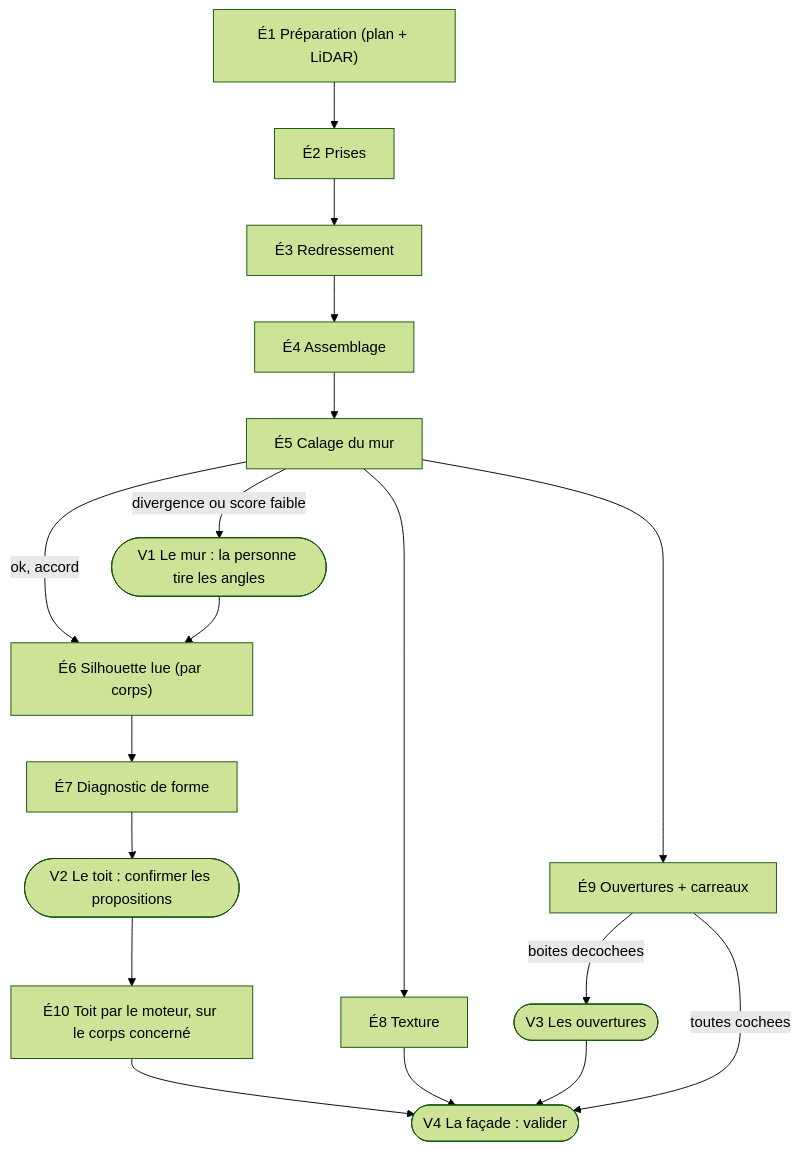
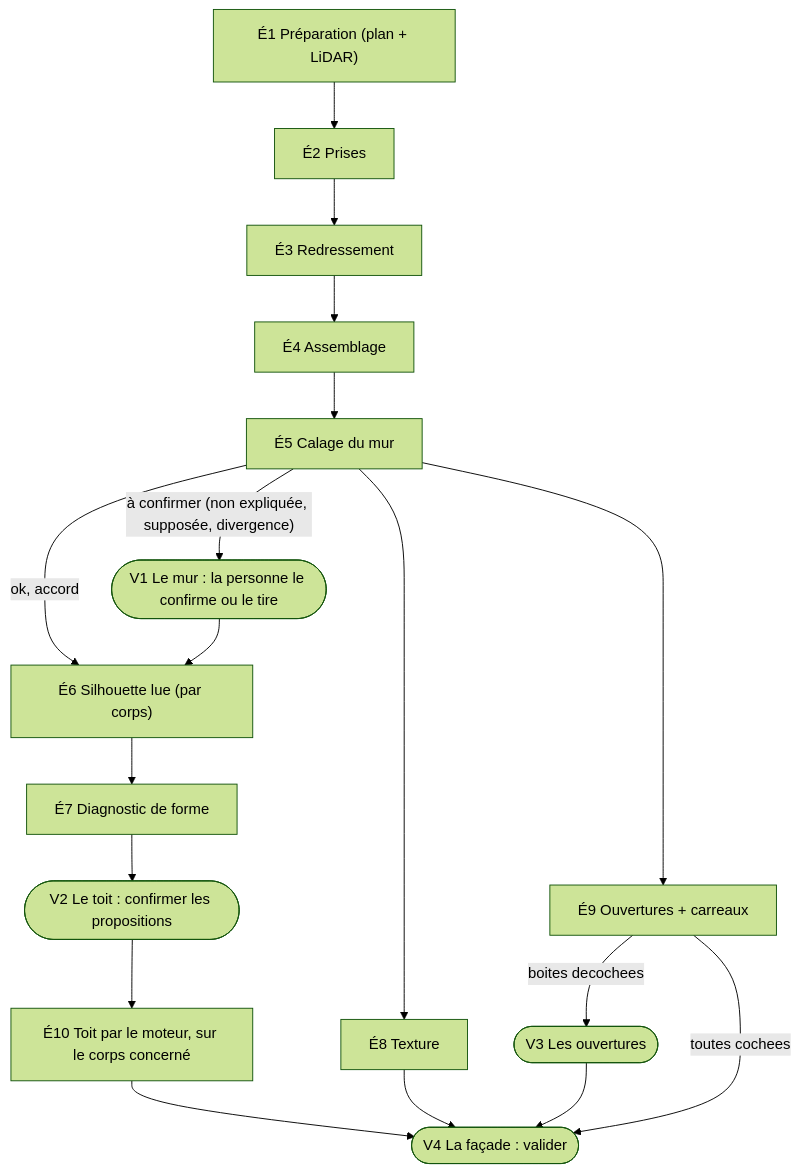
The diagram in MD/spec-facade-calage-audit.md (bertrandra/plan), drawn with Mermaid (forest theme) before and after one commit. The commit also changed other lines of this file and 10 other files, not shown here.

````diff
--- a/MD/spec-facade-calage-audit.md
+++ b/MD/spec-facade-calage-audit.md
@@ -527,20 +527,20 @@
 ```mermaid
 flowchart TD
   P["É1 Préparation (plan + LiDAR)"] --> C["É2 Prises"]
   C --> R["É3 Redressement"]
   R --> A["É4 Assemblage"]
   A --> M["É5 Calage du mur"]
   M -->|"ok, accord"| S["É6 Silhouette lue (par corps)"]
-  M -->|"divergence ou score faible"| V1(["V1 Le mur : la personne tire les angles"])
+  M -->|"à confirmer (non expliquée, supposée, divergence)"| V1(["V1 Le mur : la personne le confirme ou le tire"])
   V1 --> S
   S --> D["É7 Diagnostic de forme"]
   D --> V2(["V2 Le toit : confirmer les propositions"])
   V2 --> T["É10 Toit par le moteur, sur le corps concerné"]
   M --> X["É8 Texture"]
   M --> O["É9 Ouvertures + carreaux"]
   O -->|"boites decochees"| V3(["V3 Les ouvertures"])
   T --> F(["V4 La façade : valider"])
   X --> F
   V3 --> F
   O -->|"toutes cochees"| F
 ```
````
